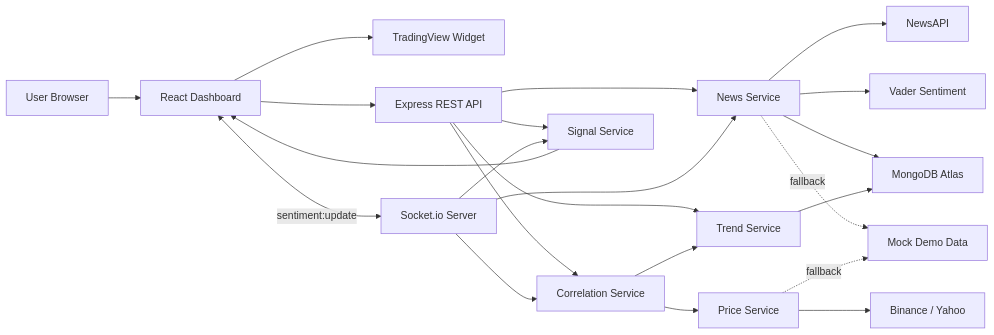
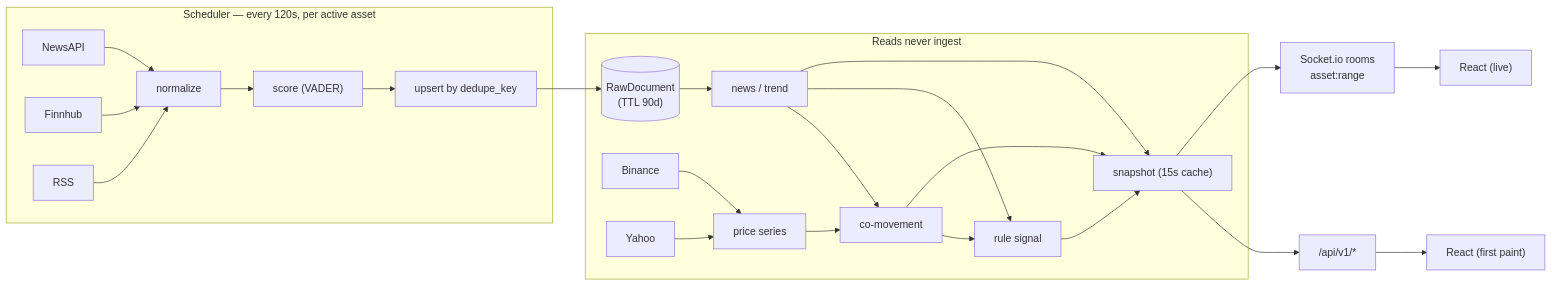
The diagram in README.md (Rudra-Singhal/Sentitrade), drawn with Mermaid before and after one commit. The commit also changed other lines of this file, not shown here.

````diff
--- a/README.md
+++ b/README.md
@@ -110,29 +76,28 @@
 ```mermaid
 flowchart LR
-  User["User Browser"] --> React["React Dashboard"]
-  React --> TV["TradingView Widget"]
-  React --> API["Express REST API"]
-  React <-->|"sentiment:update"| Socket["Socket.io Server"]
+  subgraph Ingestion["Scheduler — every 120s, per active asset"]
+    NewsAPI --> NORM
+    Finnhub --> NORM
+    RSS --> NORM
+    NORM["normalize"] --> SCORE["score (VADER)"] --> PERSIST["upsert by dedupe_key"]
+  end
+  PERSIST --> Mongo[("RawDocument
+(TTL 90d)")]
 
-  API --> NewsSvc["News Service"]
-  API --> TrendSvc["Trend Service"]
-  API --> CorrSvc["Correlation Service"]
-  API --> SignalSvc["Signal Service"]
+  subgraph Serving["Reads never ingest"]
+    Mongo --> SENT["news / trend"]
+    Binance --> PRICE["price series"]
+    Yahoo --> PRICE
+    SENT --> CORR["co-movement"]
+    PRICE --> CORR
+    SENT --> SIG["rule signal"]
+    CORR --> SIG
+    SENT --> SNAP["snapshot (15s cache)"]
+    CORR --> SNAP
+    SIG --> SNAP
+  end
 
-  Socket --> NewsSvc
-  Socket --> CorrSvc
-  Socket --> SignalSvc
-
-  NewsSvc --> NewsAPI["NewsAPI"]
-  NewsSvc --> Vader["Vader Sentiment"]
-  NewsSvc --> Mongo["MongoDB Atlas"]
-
-  TrendSvc --> Mongo
-  CorrSvc --> PriceSvc["Price Service"]
-  CorrSvc --> TrendSvc
-  PriceSvc --> Binance["Binance / Yahoo"]
-
-  NewsSvc -. "fallback" .-> Mock["Mock Demo Data"]
-  PriceSvc -. "fallback" .-> Mock
-  SignalSvc --> React
+  SNAP --> REST["/api/v1/*"] --> UI["React (first paint)"]
+  SNAP --> WS["Socket.io rooms
+asset:range"] --> UI2["React (live)"]
 ```
````
